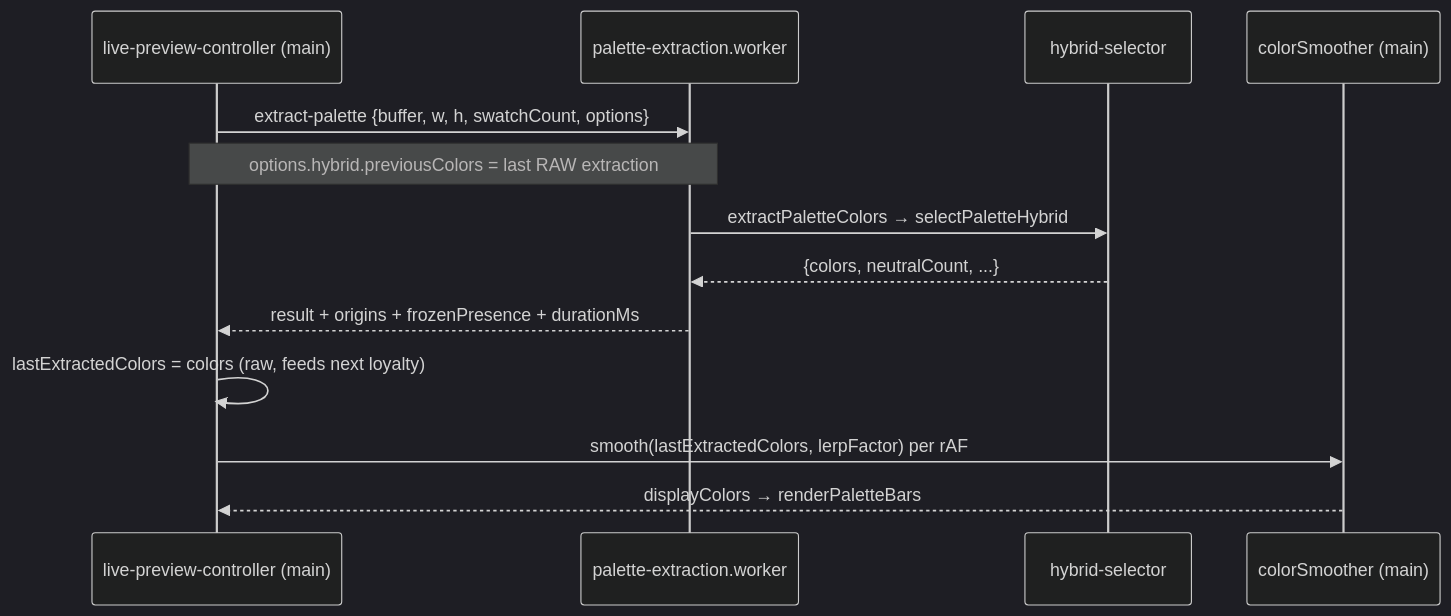
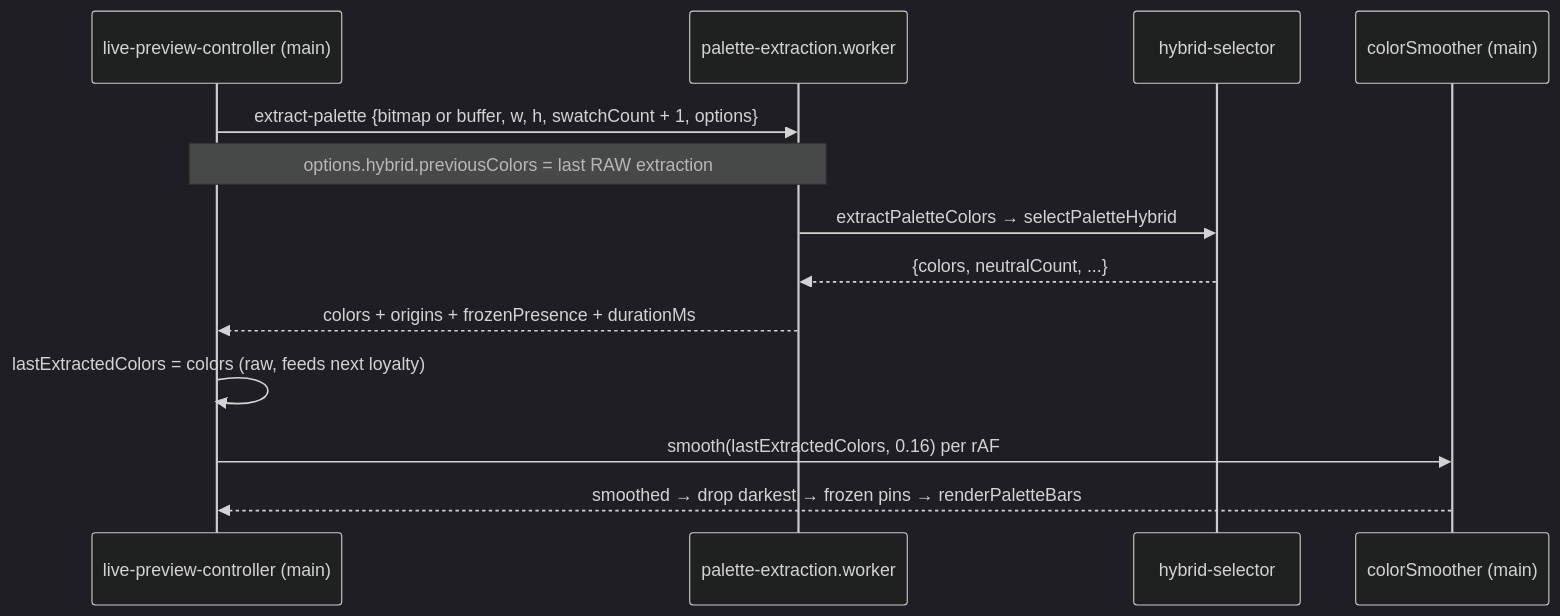
One commit to theopaolo/paletcam changed the fourth of 4 diagrams in docs/extraction-pipeline.md. Above: the diagram before and after it, drawn with Mermaid (dark theme). The commit also changed other lines of this file and 21 other files, not shown here.

````diff
--- a/docs/extraction-pipeline.md
+++ b/docs/extraction-pipeline.md
@@ -368,16 +394,16 @@
 ```mermaid
 sequenceDiagram
     participant LPC as live-preview-controller (main)
     participant W as palette-extraction.worker
     participant HS as hybrid-selector
     participant CS as colorSmoother (main)
 
-    LPC->>W: extract-palette {buffer, w, h, swatchCount, options}
+    LPC->>W: extract-palette {bitmap or buffer, w, h, swatchCount + 1, options}
     Note over LPC,W: options.hybrid.previousColors = last RAW extraction
     W->>HS: extractPaletteColors → selectPaletteHybrid
     HS-->>W: {colors, neutralCount, ...}
-    W-->>LPC: result + origins + frozenPresence + durationMs
+    W-->>LPC: colors + origins + frozenPresence + durationMs
     LPC->>LPC: lastExtractedColors = colors (raw, feeds next loyalty)
-    LPC->>CS: smooth(lastExtractedColors, lerpFactor) per rAF
-    CS-->>LPC: displayColors → renderPaletteBars
+    LPC->>CS: smooth(lastExtractedColors, 0.16) per rAF
+    CS-->>LPC: smoothed → drop darkest → frozen pins → renderPaletteBars
 ```
````
